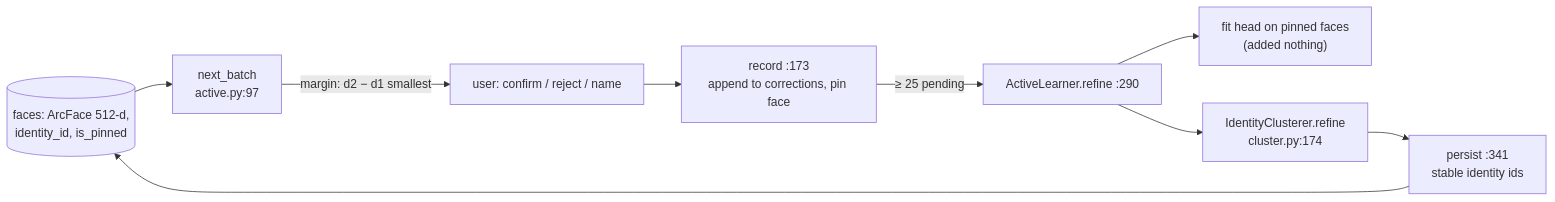
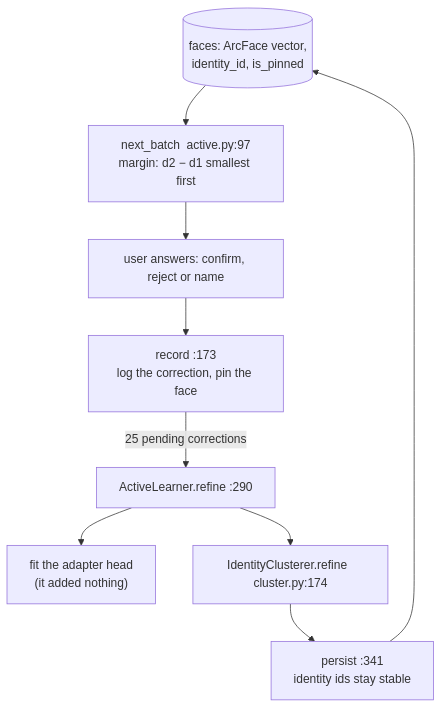
The first of 4 diagrams in Interview prep/Days/Day 11 - Photo-Seek II and emotion steering.md (jayavardhan-g/projects-vault), drawn with Mermaid before and after one commit. The commit also changed other lines of this file and 12 other files, not shown here.

First line of the commit message:
projects: Days 2-14 "Code, explained": full-width top-to-bottom diagrams, a figure per section, and a step-by-step flow per day

````diff
--- a/Interview prep/Days/Day 11 - Photo-Seek II and emotion steering.md
+++ b/Interview prep/Days/Day 11 - Photo-Seek II and emotion steering.md
@@ -126,11 +126,11 @@
 ```mermaid
-flowchart LR
-  DB[("faces: ArcFace 512-d,<br/>identity_id, is_pinned")] --> NB["next_batch<br/>active.py:97"]
-  NB -->|"margin: d2 − d1 smallest"| UI["user: confirm / reject / name"]
-  UI --> REC["record :173<br/>append to corrections, pin face"]
-  REC -->|"≥ 25 pending"| RF["ActiveLearner.refine :290"]
-  RF --> HD["fit head on pinned faces<br/>(added nothing)"]
-  RF --> CR["IdentityClusterer.refine<br/>cluster.py:174"]
-  CR --> PS["persist :341<br/>stable identity ids"]
+flowchart TB
+  DB[("faces: ArcFace vector,<br/>identity_id, is_pinned")] --> NB["next_batch  active.py:97<br/>margin: d2 − d1 smallest first"]
+  NB --> UI["user answers: confirm, reject or name"]
+  UI --> REC["record :173<br/>log the correction, pin the face"]
+  REC -->|"25 pending corrections"| RF["ActiveLearner.refine :290"]
+  RF --> HD["fit the adapter head<br/>(it added nothing)"]
+  RF --> CR["IdentityClusterer.refine  cluster.py:174"]
+  CR --> PS["persist :341<br/>identity ids stay stable"]
   PS --> DB
 ```
````
